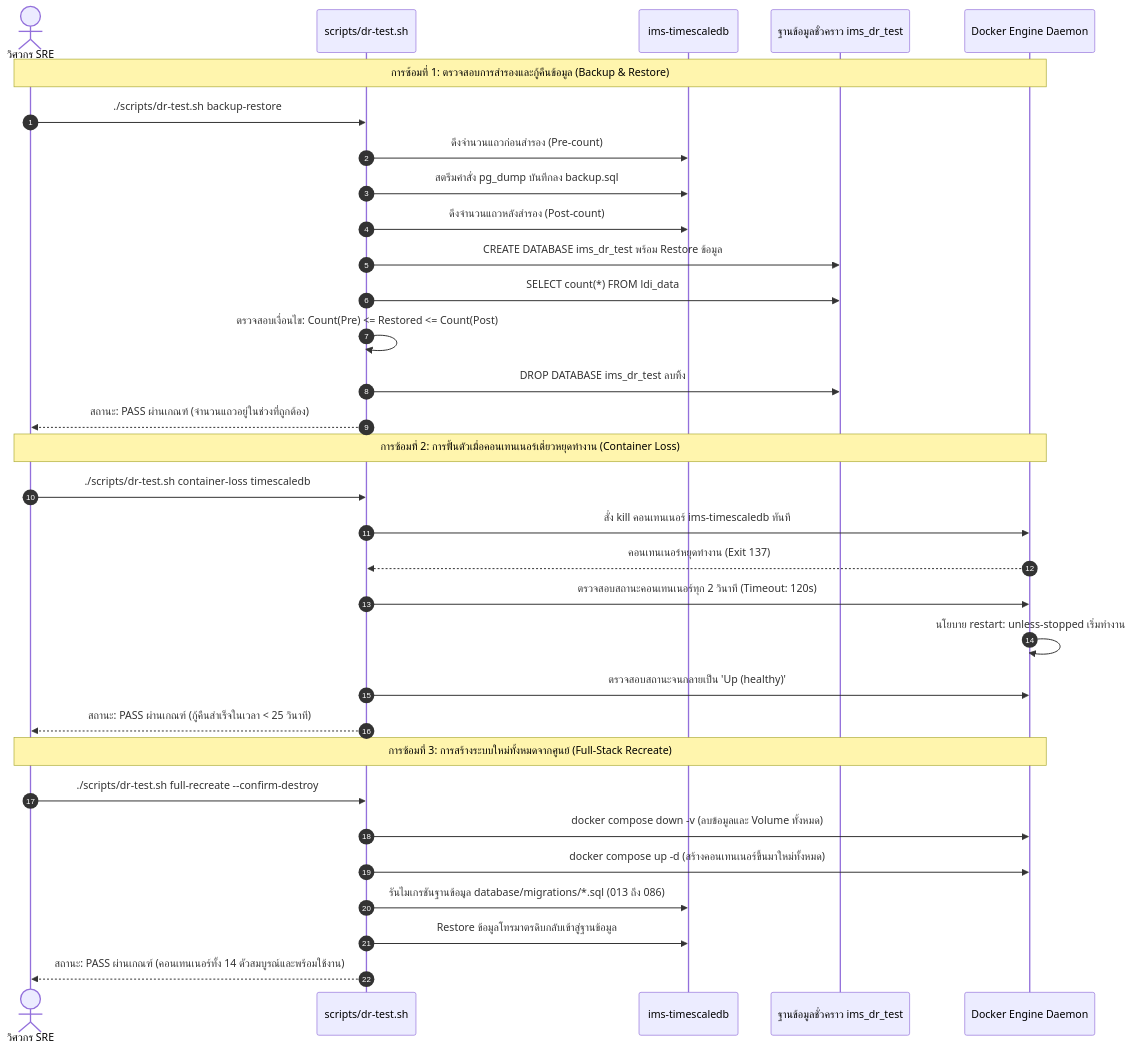
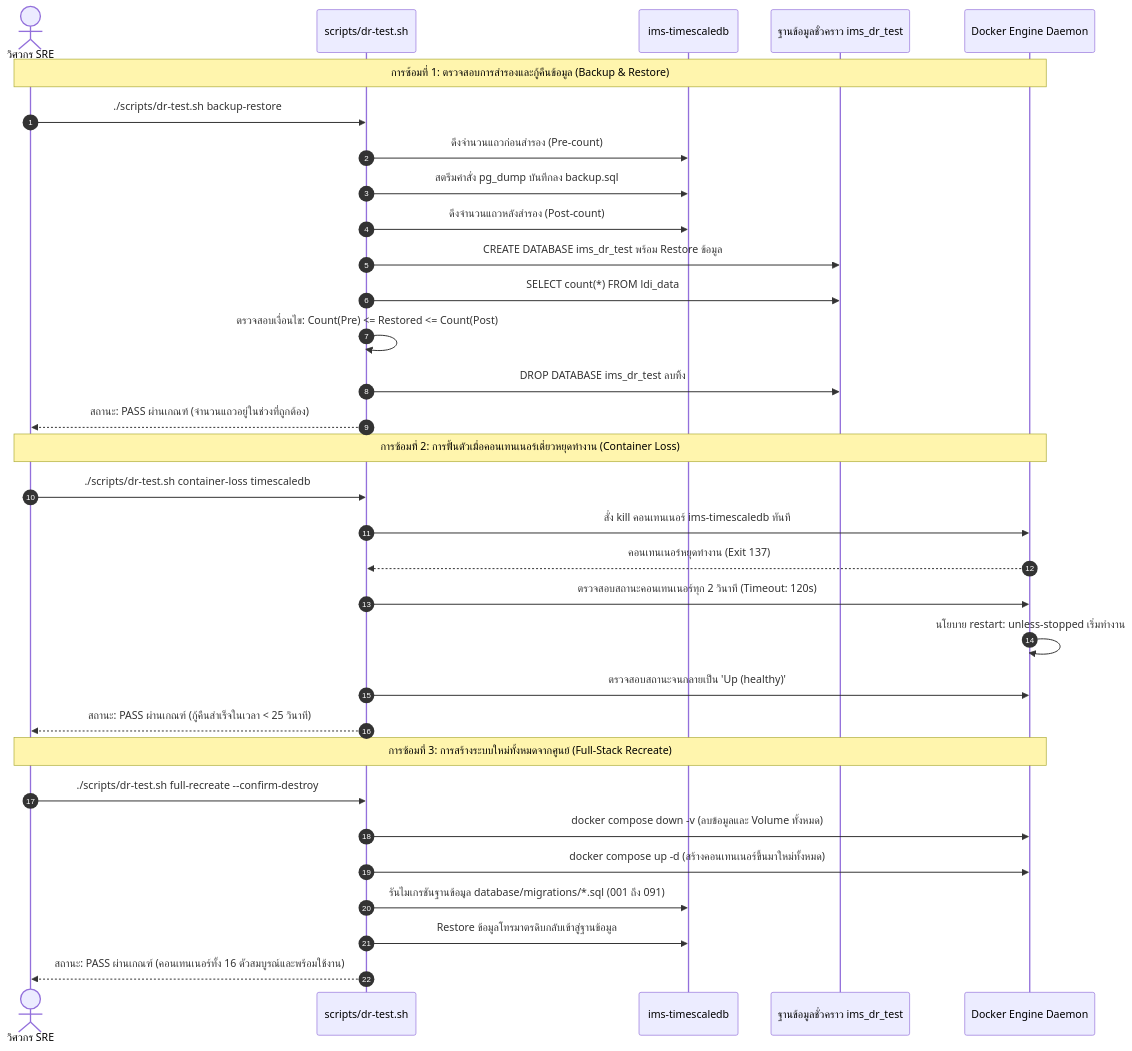
One commit to PATTANAKORN025/IMS changed the diagram in th/docs/operations/DR_TEST_PLAN.md. Above: the diagram before and after it, drawn with Mermaid. The commit also changed 50 other files, not shown here.

First line of the commit message:
docs: align architecture facts, topologies, and tri-language mirrors

````diff
--- a/th/docs/operations/DR_TEST_PLAN.md
+++ b/th/docs/operations/DR_TEST_PLAN.md
@@ -28,37 +28,37 @@
 ```mermaid
 sequenceDiagram
   autonumber
   actor SRE as วิศวกร SRE
   participant Script as scripts/dr-test.sh
   participant DB as ims-timescaledb
   participant TestDB as ฐานข้อมูลชั่วคราว ims_dr_test
   participant Docker as Docker Engine Daemon
 
   Note over SRE,Docker: การซ้อมที่ 1: ตรวจสอบการสำรองและกู้คืนข้อมูล (Backup & Restore)
   SRE->>Script: ./scripts/dr-test.sh backup-restore
   Script->>DB: ดึงจำนวนแถวก่อนสำรอง (Pre-count)
   Script->>DB: สตรีมคำสั่ง pg_dump บันทึกลง backup.sql
   Script->>DB: ดึงจำนวนแถวหลังสำรอง (Post-count)
   Script->>TestDB: CREATE DATABASE ims_dr_test พร้อม Restore ข้อมูล
   Script->>TestDB: SELECT count(*) FROM ldi_data
   Script->>Script: ตรวจสอบเงื่อนไข: Count(Pre) <= Restored <= Count(Post)
   Script->>TestDB: DROP DATABASE ims_dr_test ลบทิ้ง
   Script-->>SRE: สถานะ: PASS ผ่านเกณฑ์ (จำนวนแถวอยู่ในช่วงที่ถูกต้อง)
 
   Note over SRE,Docker: การซ้อมที่ 2: การฟื้นตัวเมื่อคอนเทนเนอร์เดี่ยวหยุดทำงาน (Container Loss)
   SRE->>Script: ./scripts/dr-test.sh container-loss timescaledb
   Script->>Docker: สั่ง kill คอนเทนเนอร์ ims-timescaledb ทันที
   Docker-->>Script: คอนเทนเนอร์หยุดทำงาน (Exit 137)
   Script->>Docker: ตรวจสอบสถานะคอนเทนเนอร์ทุก 2 วินาที (Timeout: 120s)
   Docker->>Docker: นโยบาย restart: unless-stopped เริ่มทำงาน
   Script->>Docker: ตรวจสอบสถานะจนกลายเป็น 'Up (healthy)'
   Script-->>SRE: สถานะ: PASS ผ่านเกณฑ์ (กู้คืนสำเร็จในเวลา < 25 วินาที)
 
   Note over SRE,Docker: การซ้อมที่ 3: การสร้างระบบใหม่ทั้งหมดจากศูนย์ (Full-Stack Recreate)
   SRE->>Script: ./scripts/dr-test.sh full-recreate --confirm-destroy
   Script->>Docker: docker compose down -v (ลบข้อมูลและ Volume ทั้งหมด)
   Script->>Docker: docker compose up -d (สร้างคอนเทนเนอร์ขึ้นมาใหม่ทั้งหมด)
-  Script->>DB: รันไมเกรชันฐานข้อมูล database/migrations/*.sql (013 ถึง 086)
+  Script->>DB: รันไมเกรชันฐานข้อมูล database/migrations/*.sql (001 ถึง 091)
   Script->>DB: Restore ข้อมูลโทรมาตรดิบกลับเข้าสู่ฐานข้อมูล
-  Script-->>SRE: สถานะ: PASS ผ่านเกณฑ์ (คอนเทนเนอร์ทั้ง 14 ตัวสมบูรณ์และพร้อมใช้งาน)
+  Script-->>SRE: สถานะ: PASS ผ่านเกณฑ์ (คอนเทนเนอร์ทั้ง 16 ตัวสมบูรณ์และพร้อมใช้งาน)
 ```
````
